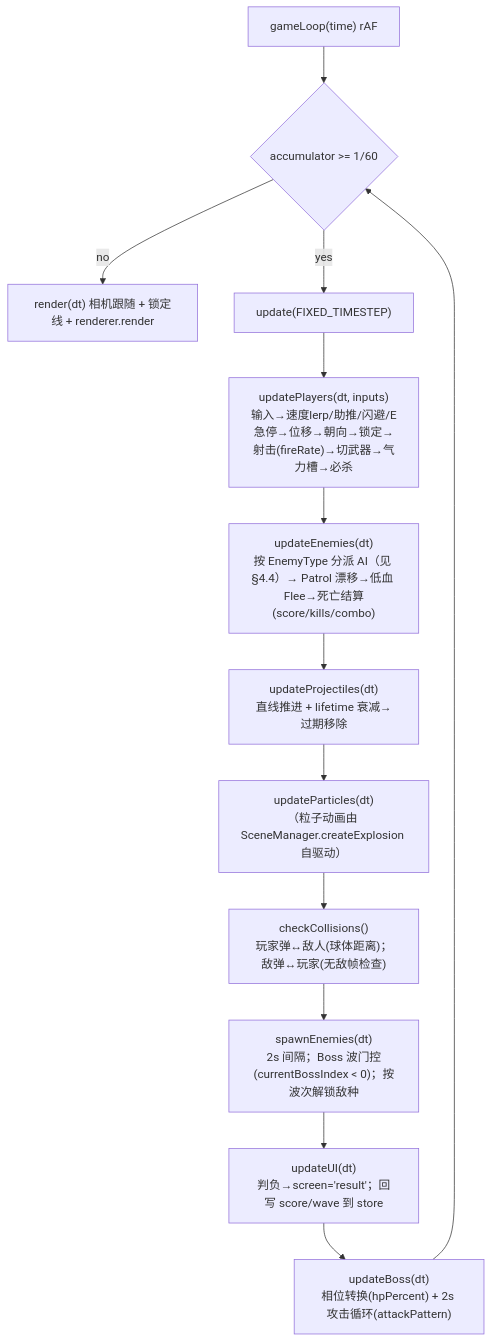
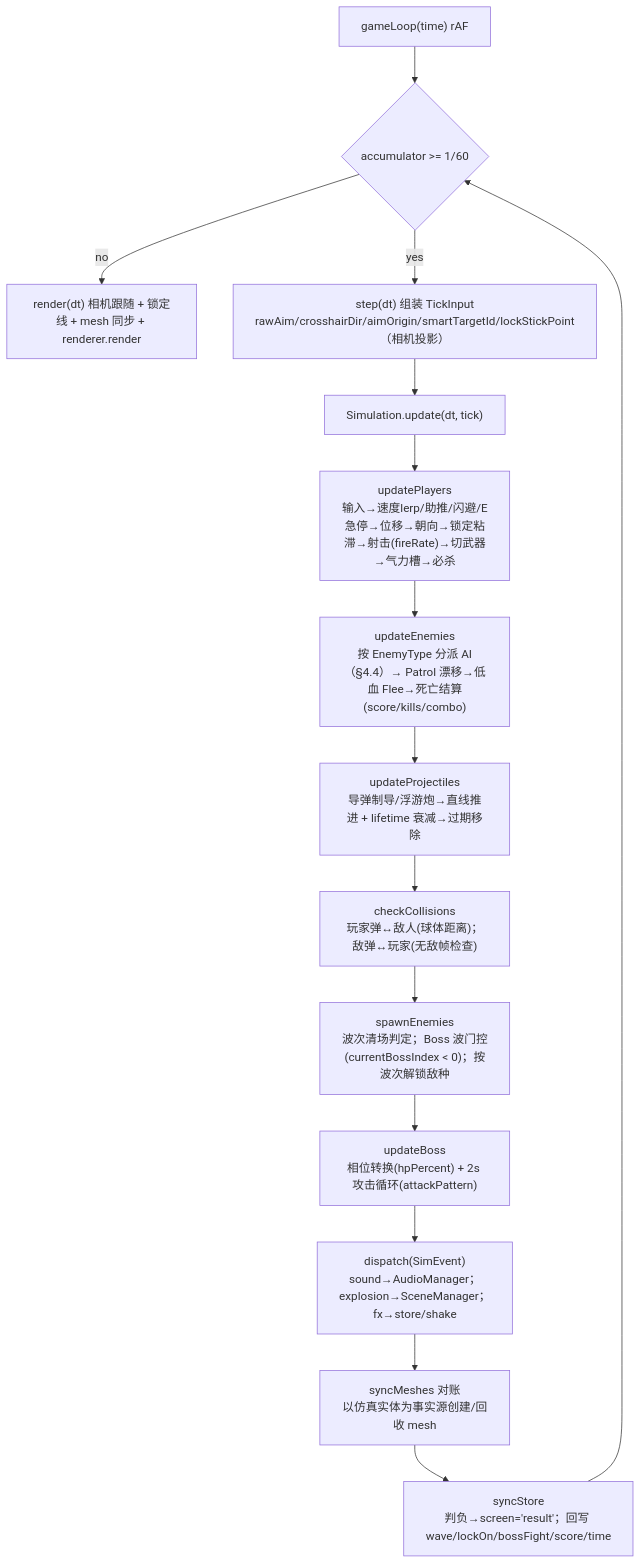
The second of 6 diagrams in 4_chunbai/new_game/TDD.md (yhyu13/VibeGames), drawn with Mermaid before and after one commit. The commit also changed other lines of this file and 35 other files, not shown here.

````diff
--- a/4_chunbai/new_game/TDD.md
+++ b/4_chunbai/new_game/TDD.md
@@ -282,15 +312,17 @@
 ```mermaid
 flowchart TD
     A["gameLoop(time) rAF"] --> B{"accumulator >= 1/60"}
-    B -- no --> R["render(dt) 相机跟随 + 锁定线 + renderer.render"]
-    B -- yes --> C["update(FIXED_TIMESTEP)"]
-    C --> C1["updatePlayers(dt, inputs)<br/>输入→速度lerp/助推/闪避/E急停→位移→朝向→锁定→射击(fireRate)→切武器→气力槽→必杀"]
-    C1 --> C2["updateEnemies(dt)<br/>按 EnemyType 分派 AI（见 §4.4）→ Patrol 漂移→低血 Flee→死亡结算(score/kills/combo)"]
-    C2 --> C3["updateProjectiles(dt)<br/>直线推进 + lifetime 衰减→过期移除"]
-    C3 --> C4["updateParticles(dt)<br/>（粒子动画由 SceneManager.createExplosion 自驱动）"]
-    C4 --> C5["checkCollisions()<br/>玩家弹↔敌人(球体距离)；敌弹↔玩家(无敌帧检查)"]
-    C5 --> C6["spawnEnemies(dt)<br/>2s 间隔；Boss 波门控(currentBossIndex < 0)；按波次解锁敌种"]
-    C6 --> C7["updateUI(dt)<br/>判负→screen='result'；回写 score/wave 到 store"]
-    C7 --> C8["updateBoss(dt)<br/>相位转换(hpPercent) + 2s 攻击循环(attackPattern)"]
-    C8 --> B
+    B -- no --> R["render(dt) 相机跟随 + 锁定线 + mesh 同步 + renderer.render"]
+    B -- yes --> T["step(dt) 组装 TickInput<br/>rawAim/crosshairDir/aimOrigin/smartTargetId/lockStickPoint（相机投影）"]
+    T --> C["Simulation.update(dt, tick)"]
+    C --> C1["updatePlayers<br/>输入→速度lerp/助推/闪避/E急停→位移→朝向→锁定粘滞→射击(fireRate)→切武器→气力槽→必杀"]
+    C1 --> C2["updateEnemies<br/>按 EnemyType 分派 AI（§4.4）→ Patrol 漂移→低血 Flee→死亡结算(score/kills/combo)"]
+    C2 --> C3["updateProjectiles<br/>导弹制导/浮游炮→直线推进 + lifetime 衰减→过期移除"]
+    C3 --> C4["checkCollisions<br/>玩家弹↔敌人(球体距离)；敌弹↔玩家(无敌帧检查)"]
+    C4 --> C5["spawnEnemies<br/>波次清场判定；Boss 波门控(currentBossIndex < 0)；按波次解锁敌种"]
+    C5 --> C6["updateBoss<br/>相位转换(hpPercent) + 2s 攻击循环(attackPattern)"]
+    C6 --> D["dispatch(SimEvent)<br/>sound→AudioManager；explosion→SceneManager；fx→store/shake"]
+    D --> E["syncMeshes 对账<br/>以仿真实体为事实源创建/回收 mesh"]
+    E --> F["syncStore<br/>判负→screen='result'；回写 wave/lockOn/bossFight/score/time"]
+    F --> B
 ```
````
